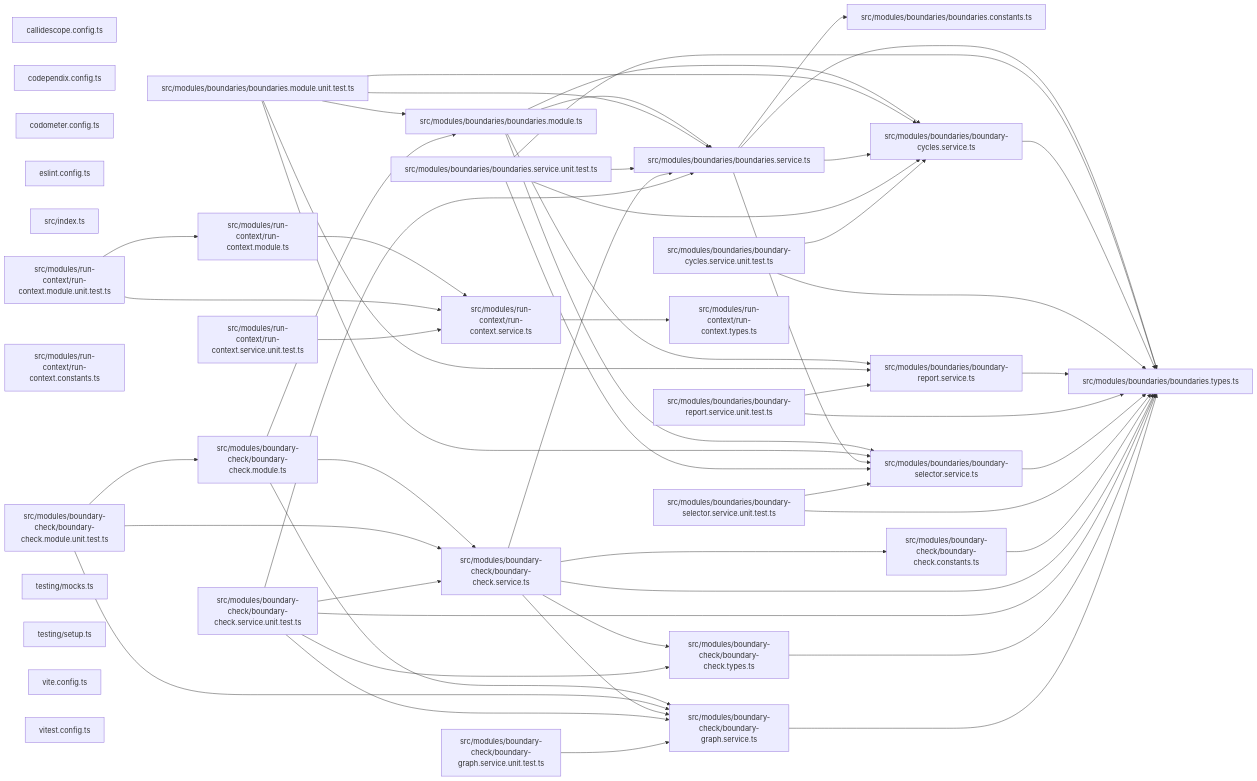
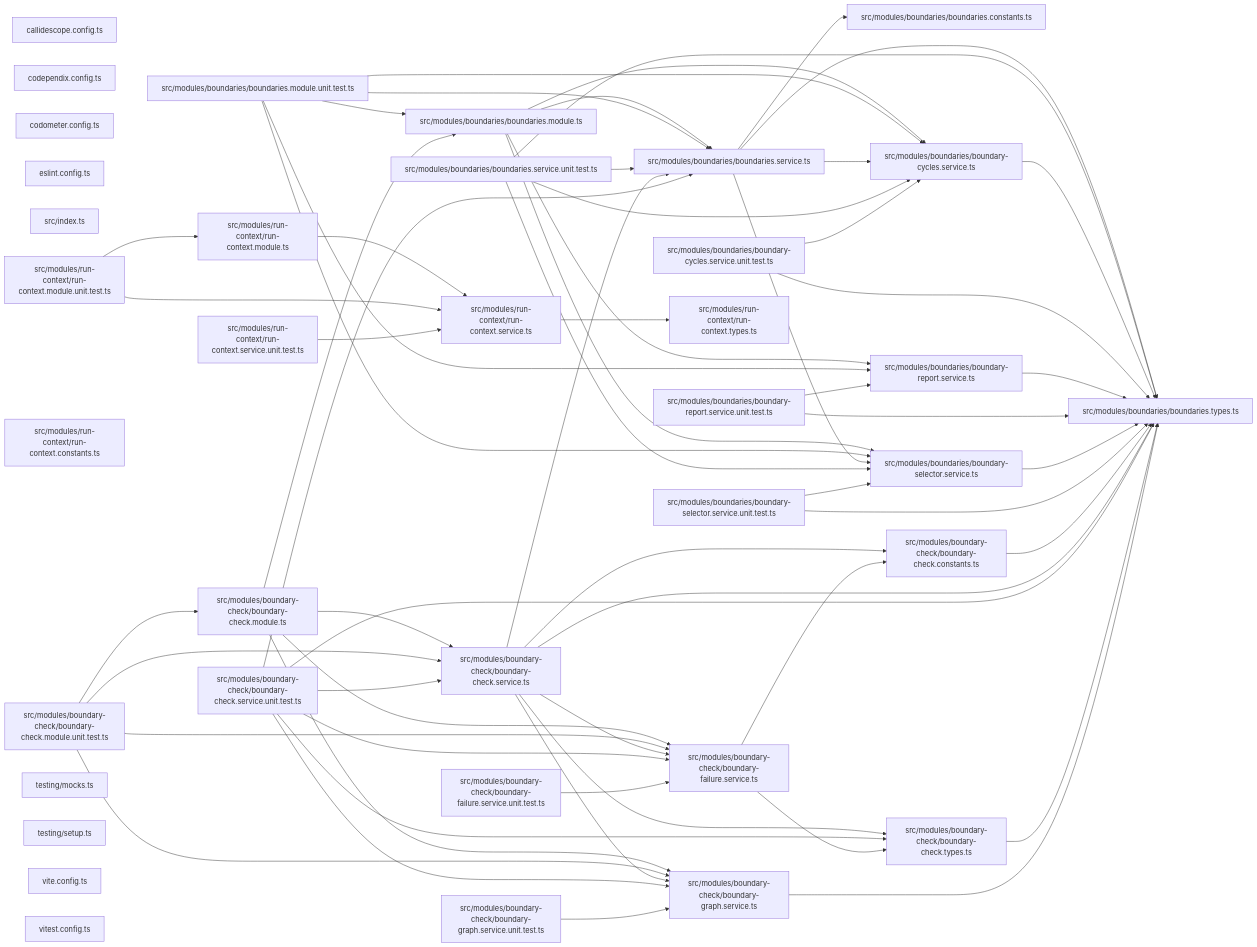
Before and after one commit to Organizzolini/codebase: the third of 3 diagrams in packages/ic-suite/codependix/codependix-boundaries/README.md, drawn with Mermaid. The commit also changed 36 other files, not shown here.

```diff
--- a/packages/ic-suite/codependix/codependix-boundaries/README.md
+++ b/packages/ic-suite/codependix/codependix-boundaries/README.md
@@ -233,6 +233,8 @@
   file_src_modules_boundary_check_boundary_check_service_ts["src/modules/boundary-check/boundary-check.service.ts"]
   file_src_modules_boundary_check_boundary_check_service_unit_test_ts["src/modules/boundary-check/boundary-check.service.unit.test.ts"]
   file_src_modules_boundary_check_boundary_check_types_ts["src/modules/boundary-check/boundary-check.types.ts"]
+  file_src_modules_boundary_check_boundary_failure_service_ts["src/modules/boundary-check/boundary-failure.service.ts"]
+  file_src_modules_boundary_check_boundary_failure_service_unit_test_ts["src/modules/boundary-check/boundary-failure.service.unit.test.ts"]
   file_src_modules_boundary_check_boundary_graph_service_ts["src/modules/boundary-check/boundary-graph.service.ts"]
   file_src_modules_boundary_check_boundary_graph_service_unit_test_ts["src/modules/boundary-check/boundary-graph.service.unit.test.ts"]
   file_src_modules_run_context_run_context_constants_ts["src/modules/run-context/run-context.constants.ts"]
@@ -274,21 +276,28 @@
   file_src_modules_boundary_check_boundary_check_constants_ts --> file_src_modules_boundaries_boundaries_types_ts
   file_src_modules_boundary_check_boundary_check_module_ts --> file_src_modules_boundaries_boundaries_module_ts
   file_src_modules_boundary_check_boundary_check_module_ts --> file_src_modules_boundary_check_boundary_check_service_ts
+  file_src_modules_boundary_check_boundary_check_module_ts --> file_src_modules_boundary_check_boundary_failure_service_ts
   file_src_modules_boundary_check_boundary_check_module_ts --> file_src_modules_boundary_check_boundary_graph_service_ts
   file_src_modules_boundary_check_boundary_check_module_unit_test_ts --> file_src_modules_boundary_check_boundary_check_module_ts
   file_src_modules_boundary_check_boundary_check_module_unit_test_ts --> file_src_modules_boundary_check_boundary_check_service_ts
+  file_src_modules_boundary_check_boundary_check_module_unit_test_ts --> file_src_modules_boundary_check_boundary_failure_service_ts
   file_src_modules_boundary_check_boundary_check_module_unit_test_ts --> file_src_modules_boundary_check_boundary_graph_service_ts
   file_src_modules_boundary_check_boundary_check_service_ts --> file_src_modules_boundaries_boundaries_service_ts
   file_src_modules_boundary_check_boundary_check_service_ts --> file_src_modules_boundaries_boundaries_types_ts
   file_src_modules_boundary_check_boundary_check_service_ts --> file_src_modules_boundary_check_boundary_check_constants_ts
   file_src_modules_boundary_check_boundary_check_service_ts --> file_src_modules_boundary_check_boundary_check_types_ts
+  file_src_modules_boundary_check_boundary_check_service_ts --> file_src_modules_boundary_check_boundary_failure_service_ts
   file_src_modules_boundary_check_boundary_check_service_ts --> file_src_modules_boundary_check_boundary_graph_service_ts
   file_src_modules_boundary_check_boundary_check_service_unit_test_ts --> file_src_modules_boundaries_boundaries_service_ts
   file_src_modules_boundary_check_boundary_check_service_unit_test_ts --> file_src_modules_boundaries_boundaries_types_ts
   file_src_modules_boundary_check_boundary_check_service_unit_test_ts --> file_src_modules_boundary_check_boundary_check_service_ts
   file_src_modules_boundary_check_boundary_check_service_unit_test_ts --> file_src_modules_boundary_check_boundary_check_types_ts
+  file_src_modules_boundary_check_boundary_check_service_unit_test_ts --> file_src_modules_boundary_check_boundary_failure_service_ts
   file_src_modules_boundary_check_boundary_check_service_unit_test_ts --> file_src_modules_boundary_check_boundary_graph_service_ts
   file_src_modules_boundary_check_boundary_check_types_ts --> file_src_modules_boundaries_boundaries_types_ts
+  file_src_modules_boundary_check_boundary_failure_service_ts --> file_src_modules_boundary_check_boundary_check_constants_ts
+  file_src_modules_boundary_check_boundary_failure_service_ts --> file_src_modules_boundary_check_boundary_check_types_ts
+  file_src_modules_boundary_check_boundary_failure_service_unit_test_ts --> file_src_modules_boundary_check_boundary_failure_service_ts
   file_src_modules_boundary_check_boundary_graph_service_ts --> file_src_modules_boundaries_boundaries_types_ts
   file_src_modules_boundary_check_boundary_graph_service_unit_test_ts --> file_src_modules_boundary_check_boundary_graph_service_ts
   file_src_modules_run_context_run_context_module_ts --> file_src_modules_run_context_run_context_service_ts
```
